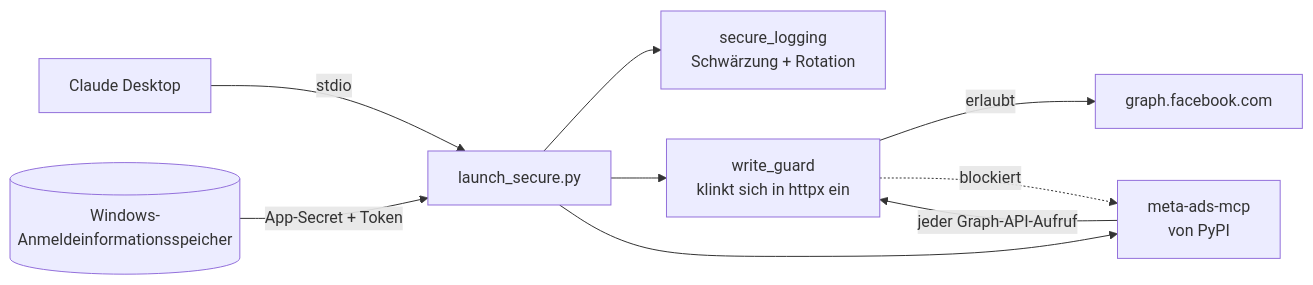
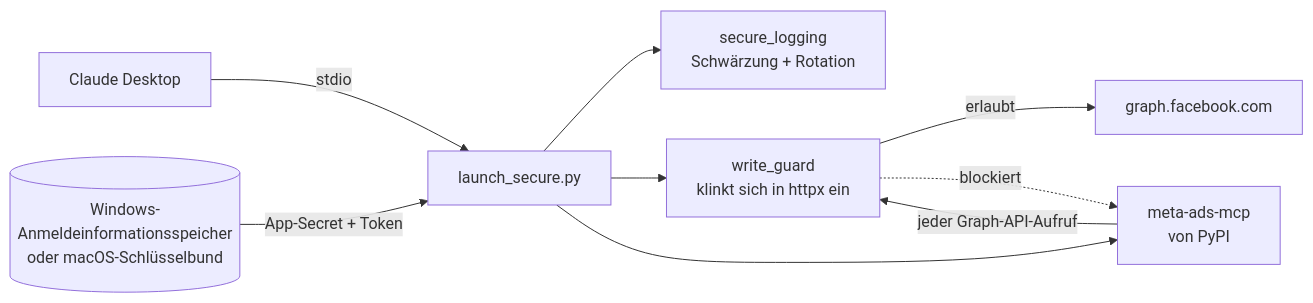
Before and after one commit to normannormalmann/meta-ads-mcp-secure-launcher: the diagram in README.de.md, drawn with Mermaid. The commit also changed other lines of this file and 20 other files, not shown here.

````diff
--- a/README.de.md
+++ b/README.de.md
@@ -64,11 +64,11 @@
 ```mermaid
 flowchart LR
     CD[Claude Desktop] -- stdio --> L[launch_secure.py]
-    WCM[(Windows-<br/>Anmeldeinformationsspeicher)] -- App-Secret + Token --> L
+    WCM[(Windows-Anmeldeinformationsspeicher<br/>oder macOS-Schlüsselbund)] -- App-Secret + Token --> L
     L --> SL[secure_logging<br/>Schwärzung + Rotation]
     L --> WG[write_guard<br/>klinkt sich in httpx ein]
     L --> M[meta-ads-mcp<br/>von PyPI]
     M -- jeder Graph-API-Aufruf --> WG
     WG -- erlaubt --> G[graph.facebook.com]
     WG -. blockiert .-> M
 ```
````
